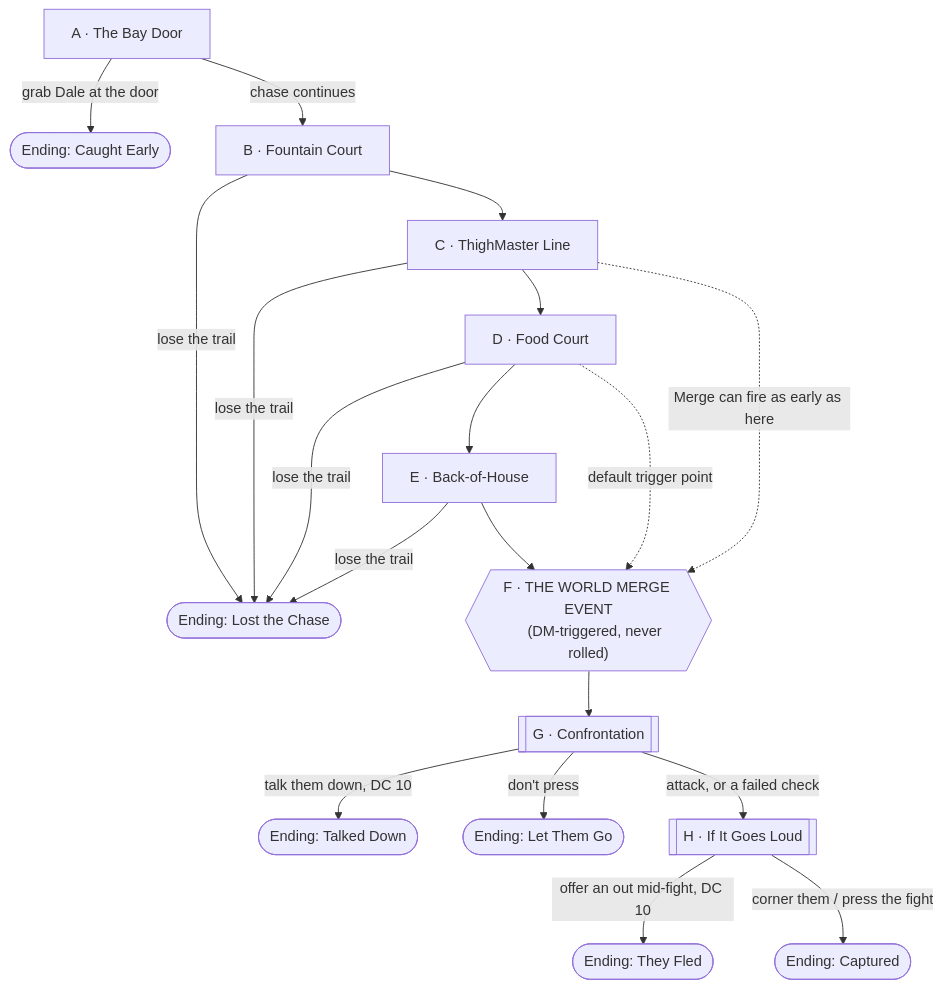
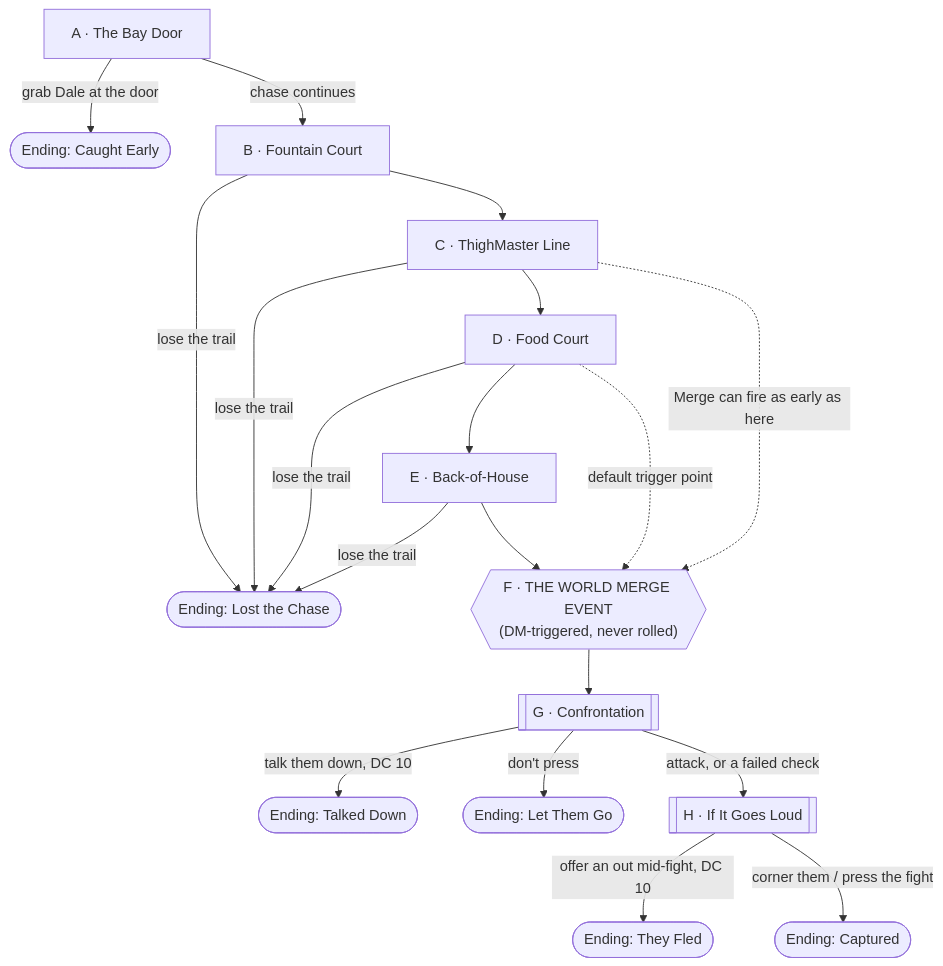
The diagram in encounters/chase-through-the-grand-opening.md (joshuajcarson/world-merge-competition-dnd-game), drawn with Mermaid before and after one commit.

Commit message:
Fix Mermaid syntax error in the chase encounter's node diagram
The World Merge Event node's label had a literal line break inside its
quoted string, which Mermaid's parser rejects. Replaced it with <br/>
for the visual line break instead. Verified by rendering the diagram
through mermaid-cli at the same version (11.16.0) the error was
reported against.

````diff
--- a/encounters/chase-through-the-grand-opening.md
+++ b/encounters/chase-through-the-grand-opening.md
@@ -78,40 +78,39 @@
 ```mermaid
 flowchart TD
     A["A · The Bay Door"]
     B["B · Fountain Court"]
     C["C · ThighMaster Line"]
     D["D · Food Court"]
     E["E · Back-of-House"]
-    F{{"F · THE WORLD MERGE EVENT
-    (DM-triggered, never rolled)"}}
+    F{{"F · THE WORLD MERGE EVENT<br/>(DM-triggered, never rolled)"}}
     G[["G · Confrontation"]]
     H[["H · If It Goes Loud"]]
 
     EndCaught(["Ending: Caught Early"])
     EndLost(["Ending: Lost the Chase"])
     EndTalked(["Ending: Talked Down"])
     EndLetGo(["Ending: Let Them Go"])
     EndFled(["Ending: They Fled"])
     EndCaptured(["Ending: Captured"])
 
     A -->|"grab Dale at the door"| EndCaught
     A -->|"chase continues"| B
     B -->|"lose the trail"| EndLost
     B --> C
     C -->|"lose the trail"| EndLost
     C --> D
     D -->|"lose the trail"| EndLost
     D --> E
     E -->|"lose the trail"| EndLost
     E --> F
 
     C -.->|"Merge can fire as early as here"| F
     D -.->|"default trigger point"| F
 
     F --> G
     G -->|"talk them down, DC 10"| EndTalked
     G -->|"don't press"| EndLetGo
     G -->|"attack, or a failed check"| H
     H -->|"offer an out mid-fight, DC 10"| EndFled
     H -->|"corner them / press the fight"| EndCaptured
 ```
````
